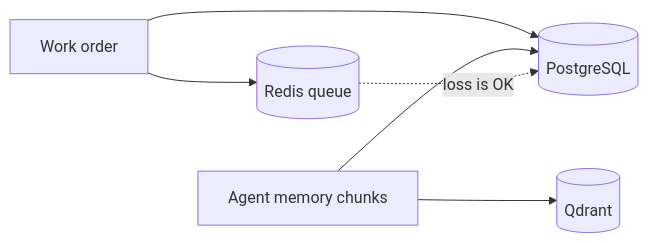
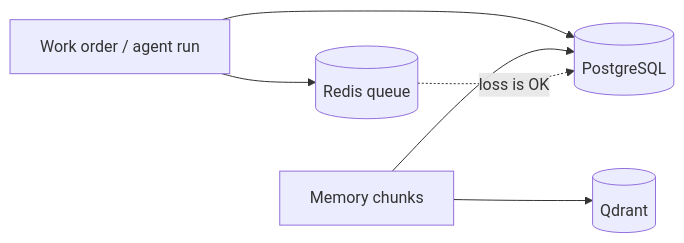
Before and after one commit to sgerhart/ai-lab: the second of 2 diagrams in docs/architecture/data-flows.md, drawn with Mermaid. The commit also changed other lines of this file and 35 other files, not shown here.

First line of the commit message:
Align architecture with live mini/Studio path and ship operator tooling.

````diff
--- a/docs/architecture/data-flows.md
+++ b/docs/architecture/data-flows.md
@@ -33,8 +30,8 @@
 ```mermaid
 flowchart LR
-  WO[Work order] --> PG[(PostgreSQL)]
+  WO[Work order / agent run] --> PG[(PostgreSQL)]
   WO --> Redis[(Redis queue)]
-  Mem[Agent memory chunks] --> Q[(Qdrant)]
+  Mem[Memory chunks] --> Q[(Qdrant)]
   Mem --> PG
   Redis -.->|loss is OK| PG
 ```
````
